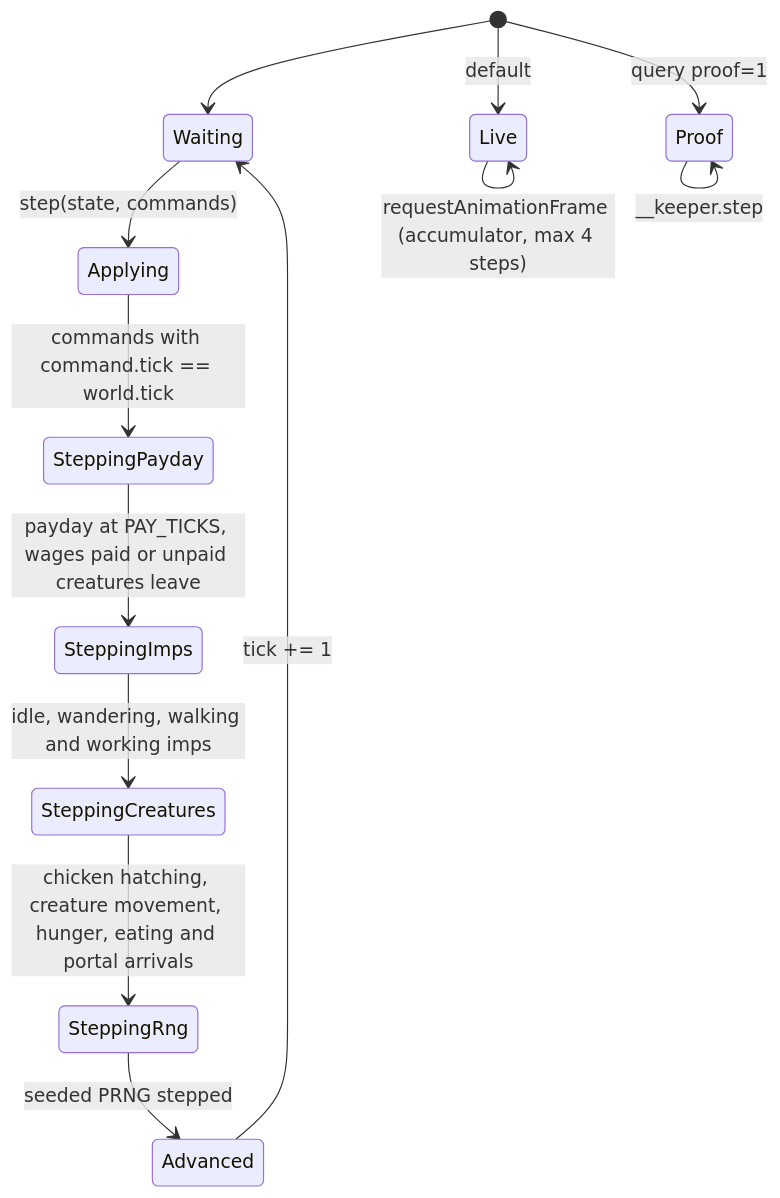
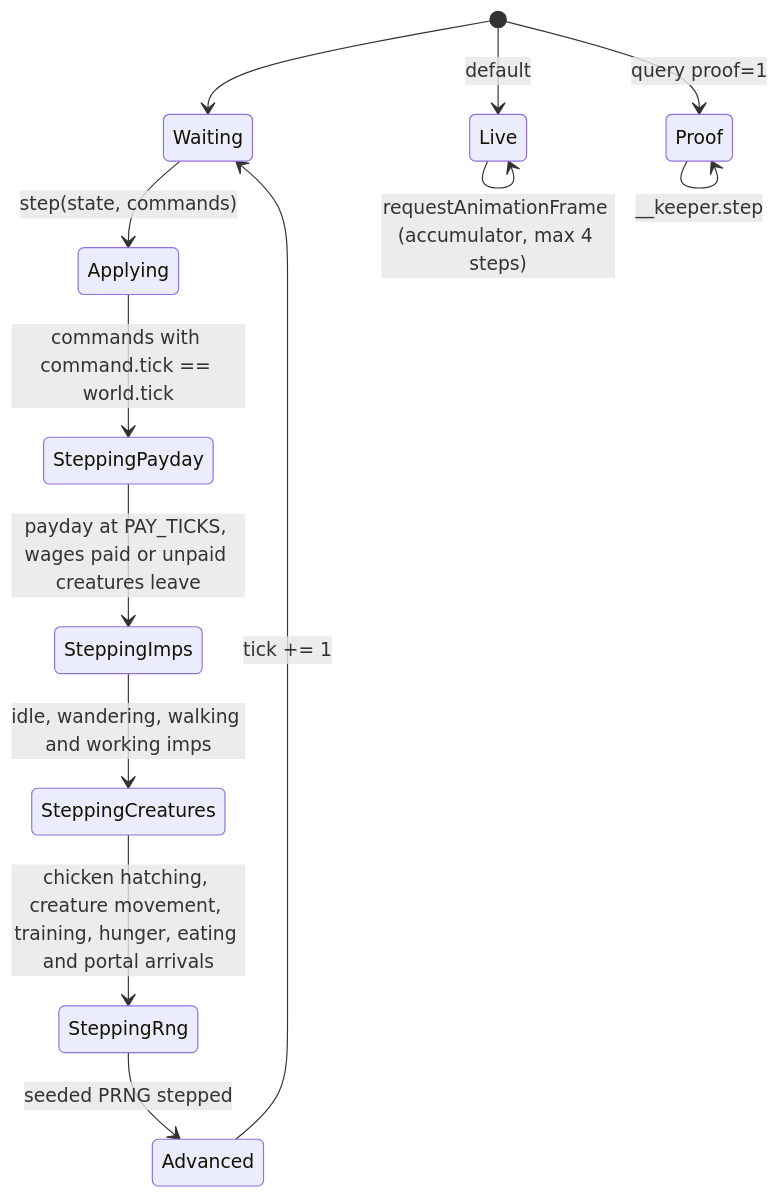
Before and after one commit to jmporchet/keeper: the seventh of 7 diagrams in docs/design.md, drawn with Mermaid. The commit also changed other lines of this file and 29 other files, not shown here.

Commit message:
Training room: creatures train and gain a level

````diff
--- a/docs/design.md
+++ b/docs/design.md
@@ -254,15 +261,15 @@
 ```mermaid
 stateDiagram-v2
     [*] --> Waiting
     Waiting --> Applying: step(state, commands)
     Applying --> SteppingPayday: commands with command.tick == world.tick
     SteppingPayday --> SteppingImps: payday at PAY_TICKS, wages paid or unpaid creatures leave
     SteppingImps --> SteppingCreatures: idle, wandering, walking and working imps
-    SteppingCreatures --> SteppingRng: chicken hatching, creature movement, hunger, eating and portal arrivals
+    SteppingCreatures --> SteppingRng: chicken hatching, creature movement, training, hunger, eating and portal arrivals
     SteppingRng --> Advanced: seeded PRNG stepped
     Advanced --> Waiting: tick += 1
     [*] --> Live: default
     [*] --> Proof: query proof=1
     Live --> Live: requestAnimationFrame (accumulator, max 4 steps)
     Proof --> Proof: __keeper.step
 ```
````
